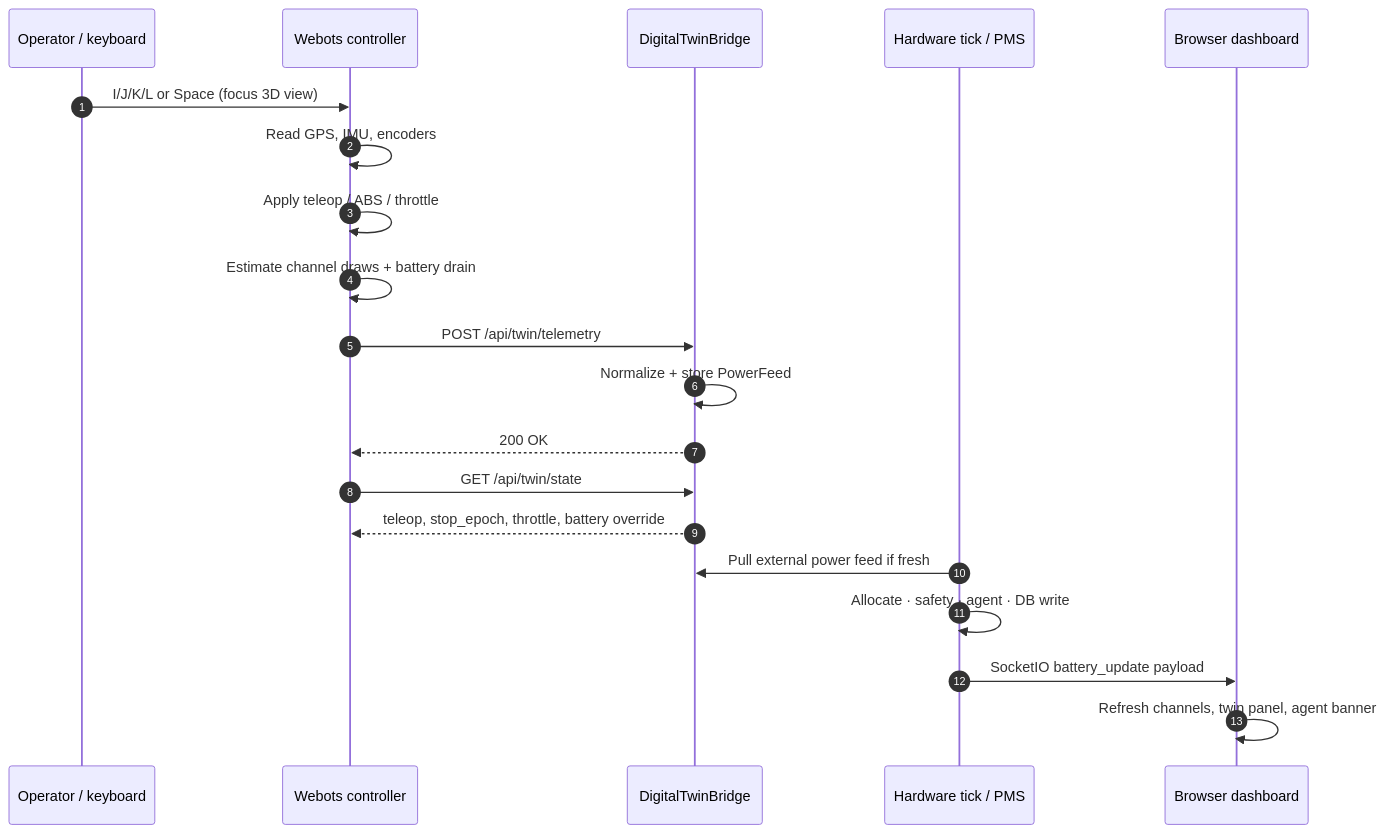
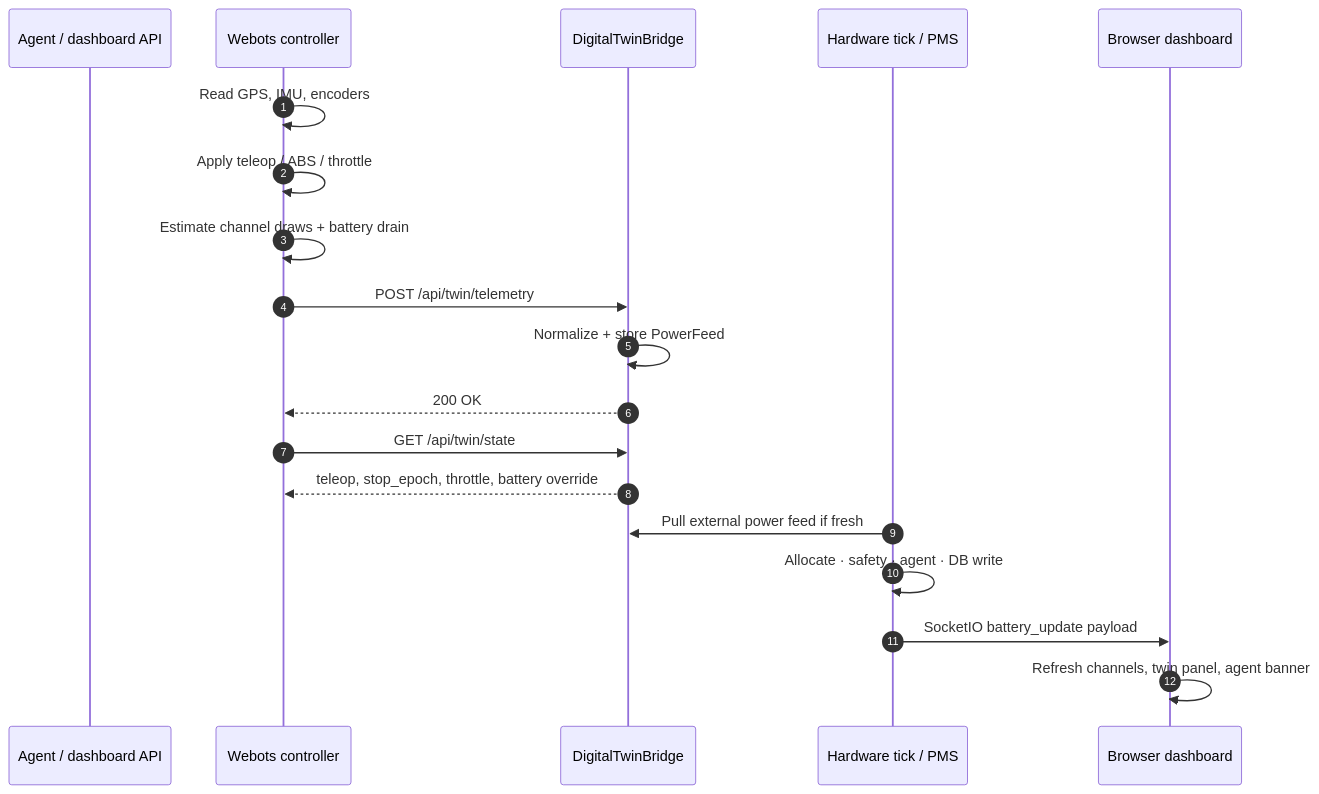
One commit to Daniel7505/robot-battery-monitor changed the fourth of 6 diagrams in docs/ARCHITECTURE.md. Above: the diagram before and after it, drawn with Mermaid. The commit also changed other lines of this file and 20 other files, not shown here.

````diff
--- a/docs/ARCHITECTURE.md
+++ b/docs/ARCHITECTURE.md
@@ -198,23 +198,22 @@
 ```mermaid
 sequenceDiagram
     autonumber
-    participant Op as Operator / keyboard
+    participant Ag as Agent / dashboard API
     participant W as Webots controller
     participant B as DigitalTwinBridge
     participant H as Hardware tick / PMS
     participant UI as Browser dashboard
 
-    Op->>W: I/J/K/L or Space (focus 3D view)
     W->>W: Read GPS, IMU, encoders
     W->>W: Apply teleop / ABS / throttle
     W->>W: Estimate channel draws + battery drain
     W->>B: POST /api/twin/telemetry
     B->>B: Normalize + store PowerFeed
     B-->>W: 200 OK
     W->>B: GET /api/twin/state
     B-->>W: teleop, stop_epoch, throttle, battery override
     H->>B: Pull external power feed if fresh
     H->>H: Allocate · safety · agent · DB write
     H->>UI: SocketIO battery_update payload
     UI->>UI: Refresh channels, twin panel, agent banner
 ```
````
